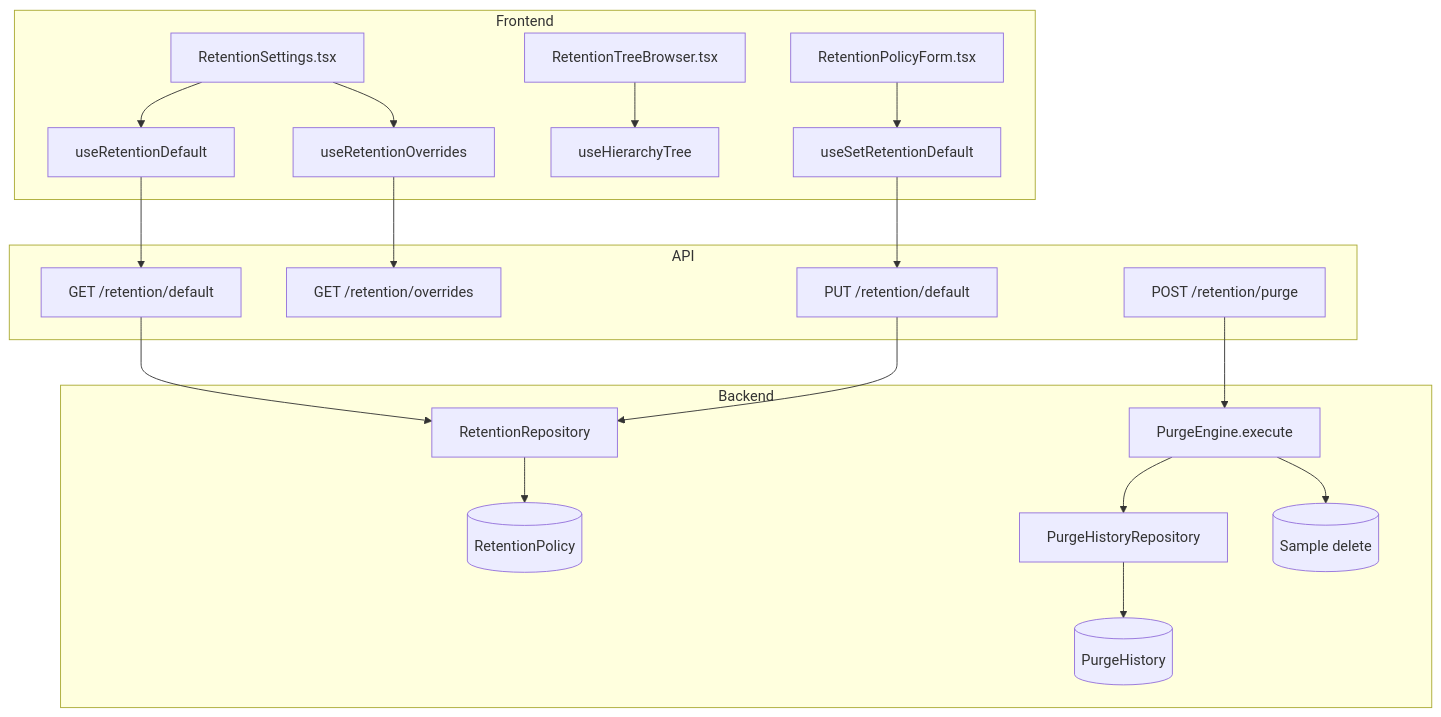
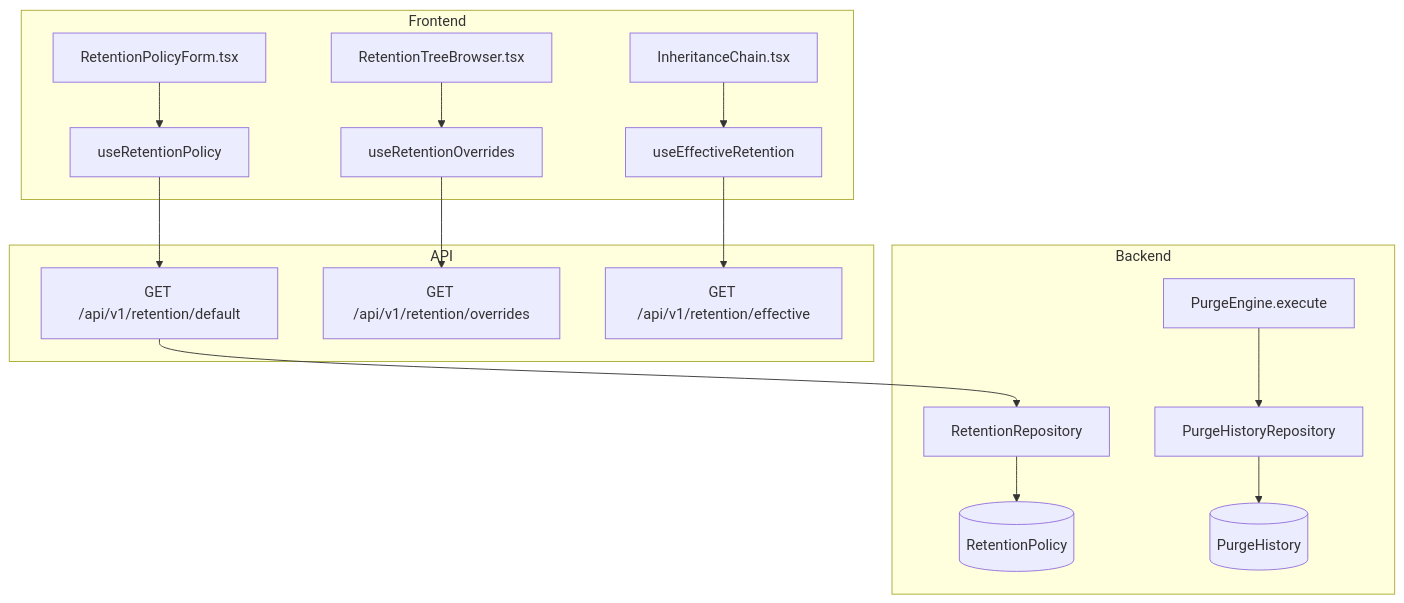
The first of 2 diagrams in .knowledge/features/retention.md (saturnis-io/cassini), drawn with Mermaid before and after one commit. The commit also changed other lines of this file and 15 other files, not shown here.

Commit message:
knowledge-graph: regenerate

````diff
--- a/.knowledge/features/retention.md
+++ b/.knowledge/features/retention.md
@@ -5,24 +5,19 @@
 ```mermaid
 flowchart TD
     subgraph Frontend
-        C1[RetentionSettings.tsx] --> H1[useRetentionDefault]
-        C1 --> H2[useRetentionOverrides]
-        C2[RetentionTreeBrowser.tsx] --> H3[useHierarchyTree]
-        C3[RetentionPolicyForm.tsx] --> H4[useSetRetentionDefault]
+        C1[RetentionPolicyForm.tsx] --> H1[useRetentionPolicy]
+        C2[RetentionTreeBrowser.tsx] --> H2[useRetentionOverrides]
+        C3[InheritanceChain.tsx] --> H3[useEffectiveRetention]
     end
     subgraph API
-        H1 --> E1["GET /retention/default"]
-        H2 --> E2["GET /retention/overrides"]
-        H4 --> E3["PUT /retention/default"]
-        E4["POST /retention/purge"]
+        H1 --> E1[GET /api/v1/retention/default]
+        H2 --> E2[GET /api/v1/retention/overrides]
+        H3 --> E3[GET /api/v1/retention/effective]
     end
     subgraph Backend
         E1 --> R1[RetentionRepository]
-        E3 --> R1
-        E4 --> S1[PurgeEngine.execute]
-        S1 --> R2[PurgeHistoryRepository]
         R1 --> M1[(RetentionPolicy)]
+        S1[PurgeEngine.execute] --> R2[PurgeHistoryRepository]
         R2 --> M2[(PurgeHistory)]
-        S1 --> M3[(Sample delete)]
     end
 ```
````
